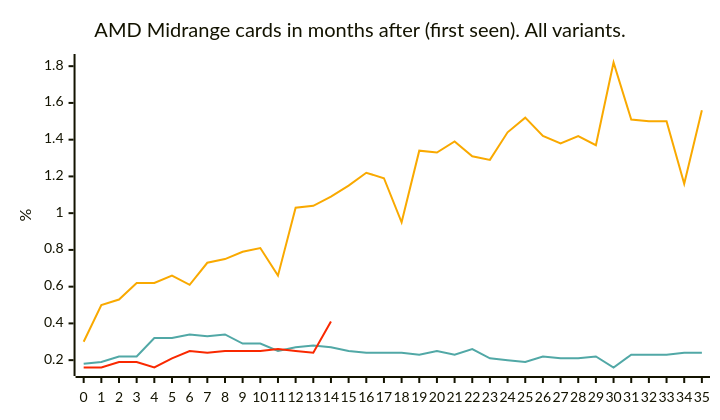
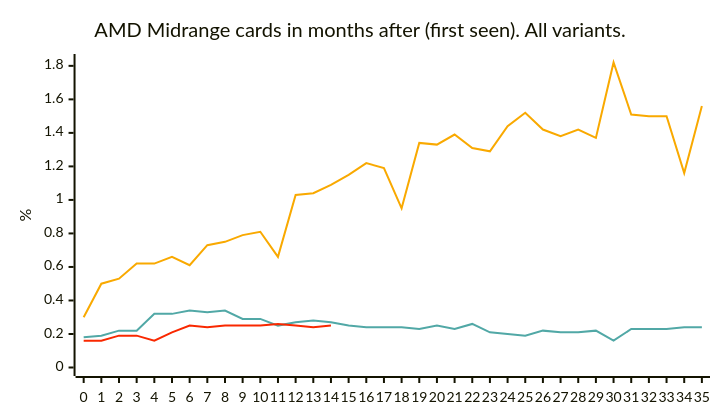
Before and after one commit to jdegene/steamHWsurvey: the eighth of 29 diagrams in README.md, drawn with Mermaid. The commit also changed other lines of this file and 2 other files, not shown here.

````diff
--- a/README.md
+++ b/README.md
@@ -268,23 +268,23 @@
 ```mermaid
 ---
 config:
     xyChart:
         width: 700
         height: 400
         
     themeVariables:
         xyChart:
             plotColorPalette: "#51a8a6,#f9a900,#f92800,#d92080,#8a52a6"
 
 --- 
 
 
 xychart-beta
     title "AMD Midrange cards in months after (first seen). All variants."
     x-axis[0, 1, 2, 3, 4, 5, 6, 7, 8, 9, 10, 11, 12, 13, 14, 15, 16, 17, 18, 19, 20, 21, 22, 23, 24, 25, 26, 27, 28, 29, 30, 31, 32, 33, 34, 35]
     y-axis "%" 
     line [0.18, 0.19, 0.22, 0.22, 0.32, 0.32, 0.33999999999999997, 0.33, 0.33999999999999997, 0.29, 0.29, 0.25, 0.27, 0.27999999999999997, 0.27, 0.25, 0.24, 0.24, 0.24, 0.22999999999999998, 0.25, 0.22999999999999998, 0.26, 0.21, 0.2, 0.19, 0.22, 0.21, 0.21, 0.22, 0.16, 0.22999999999999998, 0.22999999999999998, 0.22999999999999998, 0.24, 0.24]
     line [0.3, 0.5, 0.53, 0.62, 0.62, 0.66, 0.61, 0.73, 0.75, 0.79, 0.8099999999999999, 0.66, 1.03, 1.04, 1.09, 1.15, 1.22, 1.1900000000000002, 0.95, 1.34, 1.3299999999999998, 1.39, 1.31, 1.29, 1.44, 1.52, 1.4200000000000002, 1.38, 1.42, 1.37, 1.82, 1.51, 1.5, 1.5, 1.16, 1.5599999999999998]
-    line [0.16, 0.16, 0.19, 0.19, 0.16, 0.21, 0.25, 0.24, 0.25, 0.25, 0.25, 0.26, 0.25, 0.24, 0.41000000000000003]
-    line [0.21]
+    line [0.16, 0.16, 0.19, 0.19, 0.16, 0.21, 0.25, 0.24, 0.25, 0.25, 0.25, 0.26, 0.25, 0.24, 0.25]
+    line [0]
 ``` 
````
